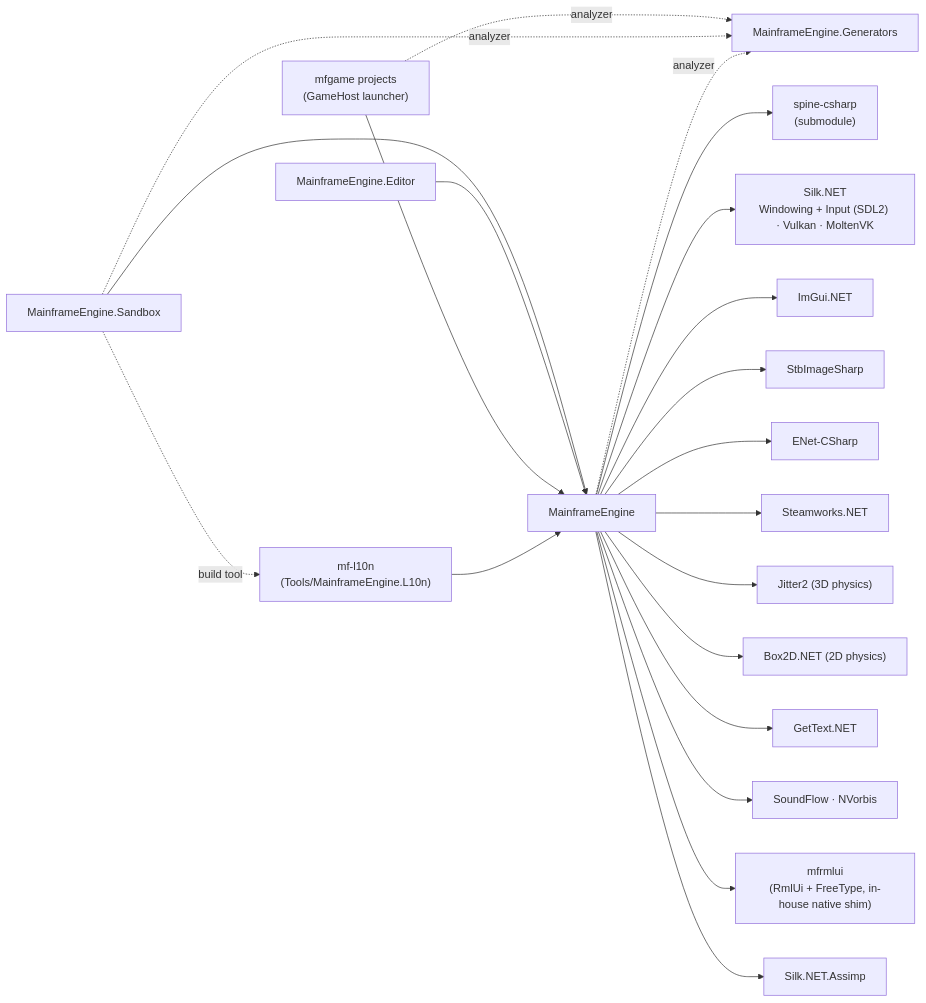
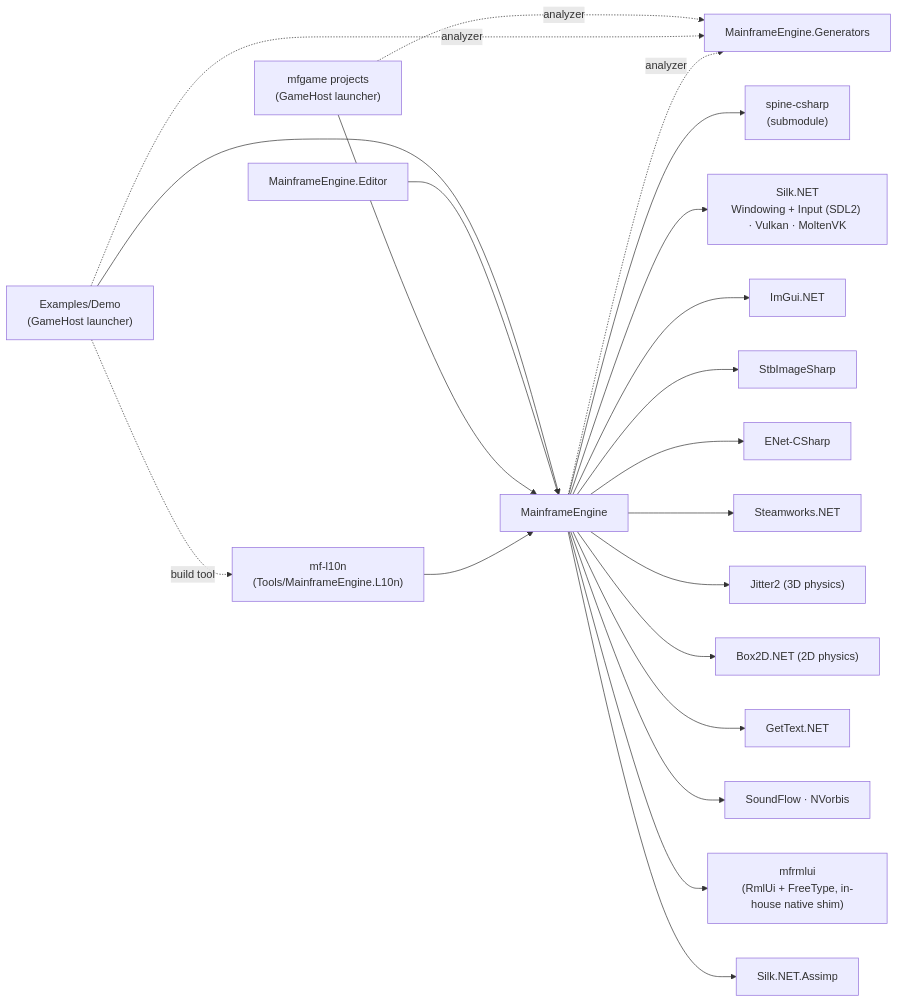
One commit to Mainframe-Games/mainframe-engine changed the diagram in docs/design/architecture-overview.md. Above: the diagram before and after it, drawn with Mermaid. The commit also changed other lines of this file and 107 other files, not shown here.

First line of the commit message:
Demo: remove the Sandbox and EditorShowcase; the Demo replaces them

````diff
--- a/docs/design/architecture-overview.md
+++ b/docs/design/architecture-overview.md
@@ -61,23 +61,23 @@
 ```mermaid
 flowchart LR
-    Sandbox["MainframeEngine.Sandbox"] --> Engine["MainframeEngine"]
+    Demo["Examples/Demo<br/>(GameHost launcher)"] --> Engine["MainframeEngine"]
     Editor["MainframeEngine.Editor"] --> Engine
     Game["mfgame projects<br/>(GameHost launcher)"] --> Engine
     Game -. analyzer .-> Gen
-    Sandbox -. analyzer .-> Gen["MainframeEngine.Generators"]
-    Sandbox -. build tool .-> L10n["mf-l10n<br/>(Tools/MainframeEngine.L10n)"]
+    Demo -. analyzer .-> Gen["MainframeEngine.Generators"]
+    Demo -. build tool .-> L10n["mf-l10n<br/>(Tools/MainframeEngine.L10n)"]
     L10n --> Engine
     Engine -. analyzer .-> Gen
     Engine --> SpineRT["spine-csharp<br/>(submodule)"]
     Engine --> Silk["Silk.NET<br/>Windowing + Input (SDL2) · Vulkan · MoltenVK"]
     Engine --> ImGui["ImGui.NET"]
     Engine --> Stb["StbImageSharp"]
     Engine --> ENet["ENet-CSharp"]
     Engine --> Steam["Steamworks.NET"]
     Engine --> Jitter["Jitter2 (3D physics)"]
     Engine --> Box2D["Box2D.NET (2D physics)"]
     Engine --> GetText["GetText.NET"]
     Engine --> Audio["SoundFlow · NVorbis"]
     Engine --> Rml["mfrmlui<br/>(RmlUi + FreeType, in-house native shim)"]
     Engine --> Assimp["Silk.NET.Assimp"]
 ```
````
